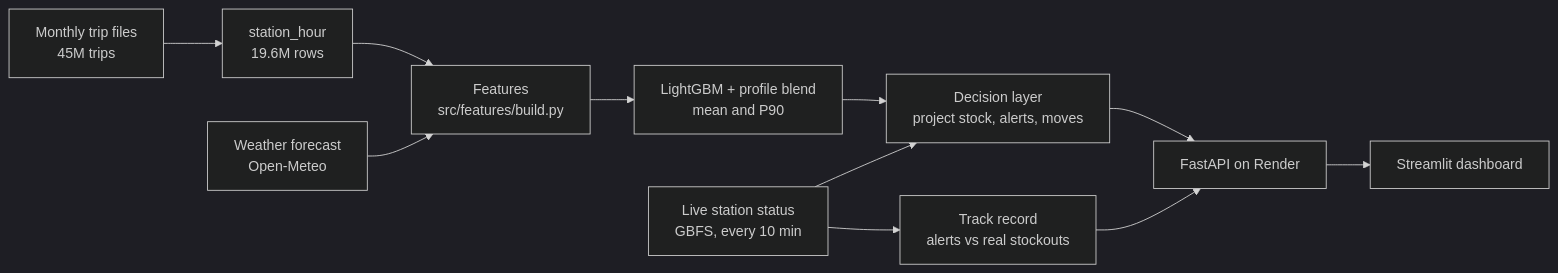
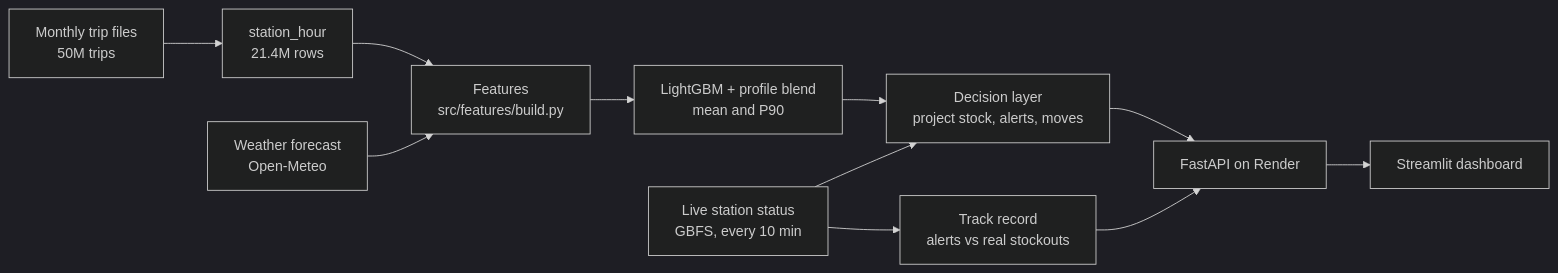
One commit to Ignite-0/Bike-Share-Demand-Forecasting- changed the diagram in README.md. Above: the diagram before and after it, drawn with Mermaid (dark theme). The commit also changed other lines of this file, not shown here.

````diff
--- a/README.md
+++ b/README.md
@@ -19,11 +22,11 @@
 ```mermaid
 flowchart LR
-    T[Monthly trip files<br/>45M trips] --> SH[station_hour<br/>19.6M rows]
+    T[Monthly trip files<br/>50M trips] --> SH[station_hour<br/>21.4M rows]
     W[Weather forecast<br/>Open-Meteo] --> F
     SH --> F[Features<br/>src/features/build.py]
     F --> M[LightGBM + profile blend<br/>mean and P90]
     G[Live station status<br/>GBFS, every 10 min] --> D
     M --> D[Decision layer<br/>project stock, alerts, moves]
     D --> API[FastAPI on Render] --> UI[Streamlit dashboard]
     G --> TR[Track record<br/>alerts vs real stockouts] --> API
 ```
````
